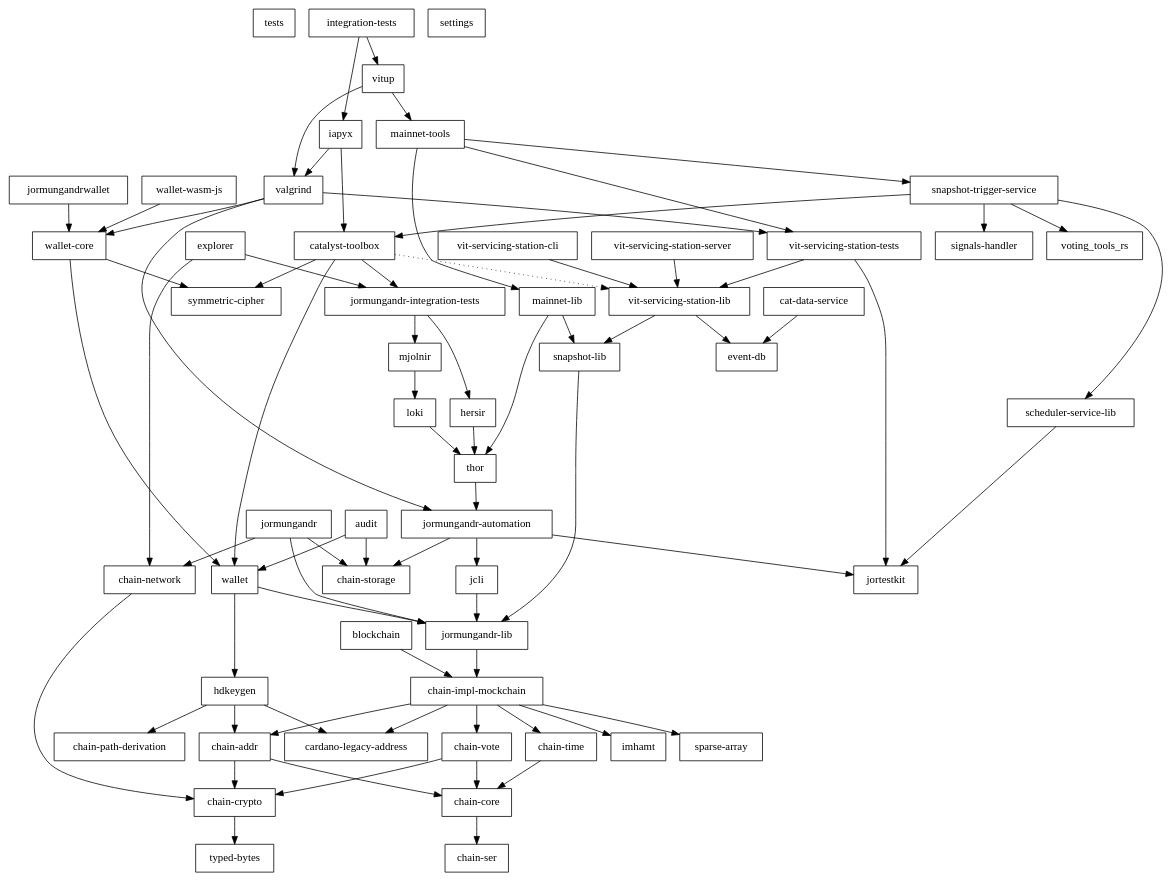
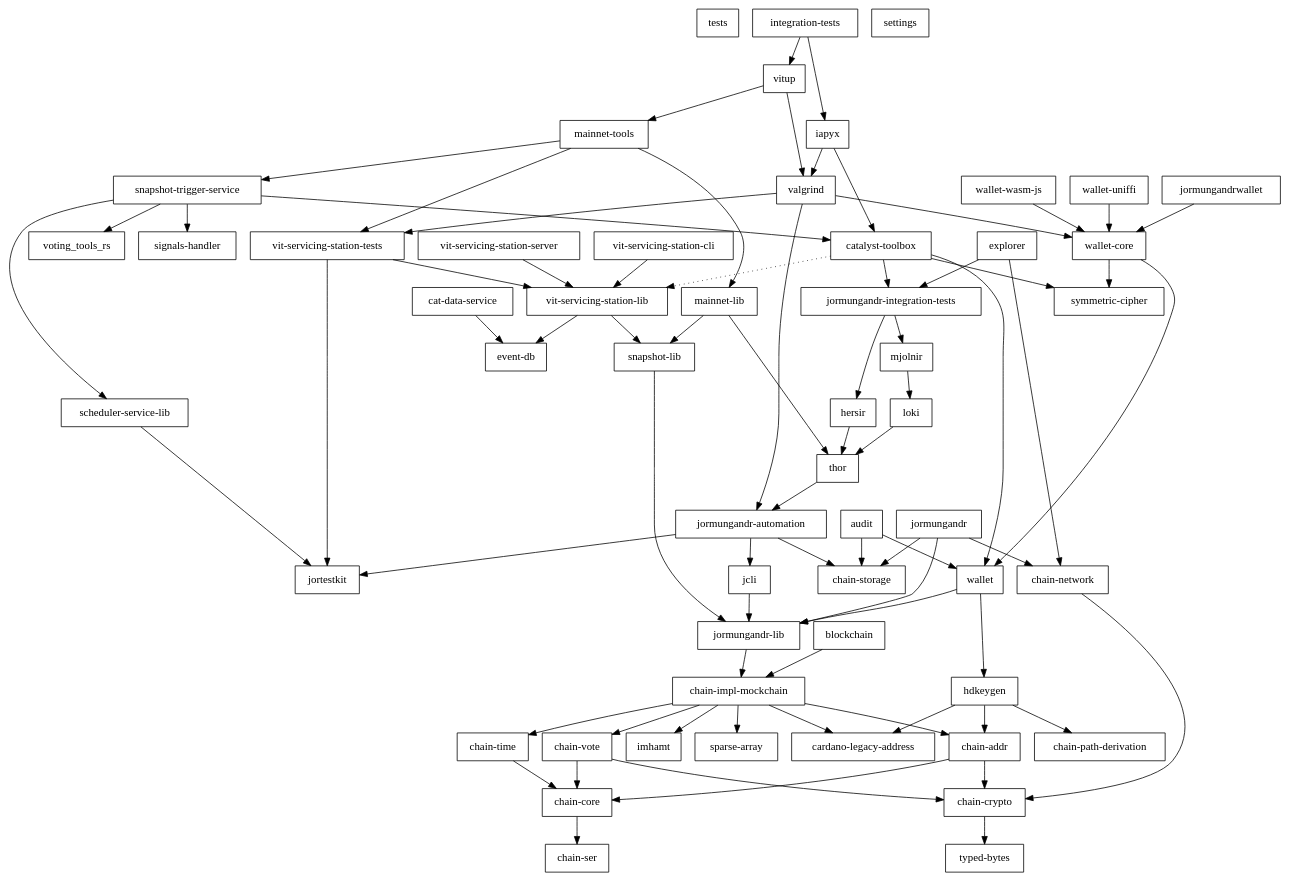
The diagram in main/06_rust_api/rust/doc/workspace.depgraph.dot (input-output-hk/catalyst-core), drawn with Graphviz before and after one commit. The commit also changed 11876 other files, not shown here.

```diff
--- a/main/06_rust_api/rust/doc/workspace.depgraph.dot
+++ b/main/06_rust_api/rust/doc/workspace.depgraph.dot
@@ -1,128 +1,130 @@
 digraph {
     0 [ label = "tests" shape = box]
     1 [ label = "catalyst-toolbox" shape = box]
     2 [ label = "chain-addr" shape = box]
     3 [ label = "chain-core" shape = box]
     4 [ label = "chain-ser" shape = box]
     5 [ label = "chain-crypto" shape = box]
     6 [ label = "typed-bytes" shape = box]
     7 [ label = "chain-impl-mockchain" shape = box]
     8 [ label = "cardano-legacy-address" shape = box]
     9 [ label = "chain-time" shape = box]
     10 [ label = "chain-vote" shape = box]
     11 [ label = "imhamt" shape = box]
     12 [ label = "sparse-array" shape = box]
     13 [ label = "chain-storage" shape = box]
     14 [ label = "jcli" shape = box]
     15 [ label = "jormungandr-lib" shape = box]
     16 [ label = "jormungandr-automation" shape = box]
     17 [ label = "jortestkit" shape = box]
     18 [ label = "jormungandr-integration-tests" shape = box]
     19 [ label = "hersir" shape = box]
     20 [ label = "thor" shape = box]
     21 [ label = "loki" shape = box]
     22 [ label = "mjolnir" shape = box]
     23 [ label = "snapshot-lib" shape = box]
     24 [ label = "symmetric-cipher" shape = box]
     25 [ label = "vit-servicing-station-lib" shape = box]
     26 [ label = "event-db" shape = box]
     27 [ label = "vit-servicing-station-tests" shape = box]
     28 [ label = "wallet" shape = box]
     29 [ label = "chain-path-derivation" shape = box]
     30 [ label = "hdkeygen" shape = box]
     31 [ label = "chain-network" shape = box]
     32 [ label = "jormungandrwallet" shape = box]
     33 [ label = "wallet-core" shape = box]
     34 [ label = "wallet-wasm-js" shape = box]
-    35 [ label = "jormungandr" shape = box]
-    36 [ label = "explorer" shape = box]
-    37 [ label = "settings" shape = box]
-    38 [ label = "blockchain" shape = box]
-    39 [ label = "vit-servicing-station-cli" shape = box]
-    40 [ label = "vit-servicing-station-server" shape = box]
-    41 [ label = "iapyx" shape = box]
-    42 [ label = "valgrind" shape = box]
-    43 [ label = "vitup" shape = box]
-    44 [ label = "mainnet-lib" shape = box]
-    45 [ label = "mainnet-tools" shape = box]
-    46 [ label = "scheduler-service-lib" shape = box]
-    47 [ label = "signals-handler" shape = box]
-    48 [ label = "snapshot-trigger-service" shape = box]
-    49 [ label = "voting_tools_rs" shape = box]
-    50 [ label = "integration-tests" shape = box]
-    51 [ label = "cat-data-service" shape = box]
-    52 [ label = "audit" shape = box]
+    35 [ label = "wallet-uniffi" shape = box]
+    36 [ label = "jormungandr" shape = box]
+    37 [ label = "explorer" shape = box]
+    38 [ label = "settings" shape = box]
+    39 [ label = "blockchain" shape = box]
+    40 [ label = "vit-servicing-station-cli" shape = box]
+    41 [ label = "vit-servicing-station-server" shape = box]
+    42 [ label = "iapyx" shape = box]
+    43 [ label = "valgrind" shape = box]
+    44 [ label = "vitup" shape = box]
+    45 [ label = "mainnet-lib" shape = box]
+    46 [ label = "mainnet-tools" shape = box]
+    47 [ label = "scheduler-service-lib" shape = box]
+    48 [ label = "signals-handler" shape = box]
+    49 [ label = "snapshot-trigger-service" shape = box]
+    50 [ label = "voting_tools_rs" shape = box]
+    51 [ label = "integration-tests" shape = box]
+    52 [ label = "cat-data-service" shape = box]
+    53 [ label = "audit" shape = box]
     1 -> 18 [ ]
     1 -> 24 [ ]
     1 -> 25 [ style = dotted]
     1 -> 28 [ ]
     2 -> 3 [ ]
     2 -> 5 [ ]
     3 -> 4 [ ]
     5 -> 6 [ ]
     7 -> 8 [ ]
     7 -> 2 [ ]
     7 -> 9 [ ]
     7 -> 10 [ ]
     7 -> 11 [ ]
     7 -> 12 [ ]
     9 -> 3 [ ]
     10 -> 3 [ ]
     10 -> 5 [ ]
     14 -> 15 [ ]
     15 -> 7 [ ]
     16 -> 13 [ ]
     16 -> 14 [ ]
     16 -> 17 [ ]
     18 -> 19 [ ]
     18 -> 22 [ ]
     19 -> 20 [ ]
     20 -> 16 [ ]
     21 -> 20 [ ]
     22 -> 21 [ ]
     23 -> 15 [ ]
     25 -> 26 [ ]
     25 -> 23 [ ]
     27 -> 17 [ ]
     27 -> 25 [ ]
     28 -> 30 [ ]
     28 -> 15 [ ]
     30 -> 8 [ ]
     30 -> 2 [ ]
     30 -> 29 [ ]
     31 -> 5 [ ]
     32 -> 33 [ ]
     33 -> 24 [ ]
     33 -> 28 [ ]
     34 -> 33 [ ]
-    35 -> 31 [ ]
-    35 -> 13 [ ]
-    35 -> 15 [ ]
+    35 -> 33 [ ]
     36 -> 31 [ ]
-    36 -> 18 [ ]
-    38 -> 7 [ ]
-    39 -> 25 [ ]
+    36 -> 13 [ ]
+    36 -> 15 [ ]
+    37 -> 31 [ ]
+    37 -> 18 [ ]
+    39 -> 7 [ ]
     40 -> 25 [ ]
-    41 -> 1 [ ]
-    41 -> 42 [ ]
-    42 -> 16 [ ]
-    42 -> 27 [ ]
-    42 -> 33 [ ]
-    43 -> 45 [ ]
-    43 -> 42 [ ]
-    44 -> 23 [ ]
-    44 -> 20 [ ]
-    45 -> 44 [ ]
-    45 -> 48 [ ]
-    45 -> 27 [ ]
-    46 -> 17 [ ]
-    48 -> 1 [ ]
-    48 -> 46 [ ]
-    48 -> 47 [ ]
-    48 -> 49 [ ]
-    50 -> 41 [ ]
-    50 -> 43 [ ]
-    51 -> 26 [ ]
-    52 -> 13 [ ]
-    52 -> 28 [ ]
+    41 -> 25 [ ]
+    42 -> 1 [ ]
+    42 -> 43 [ ]
+    43 -> 16 [ ]
+    43 -> 27 [ ]
+    43 -> 33 [ ]
+    44 -> 46 [ ]
+    44 -> 43 [ ]
+    45 -> 23 [ ]
+    45 -> 20 [ ]
+    46 -> 45 [ ]
+    46 -> 49 [ ]
+    46 -> 27 [ ]
+    47 -> 17 [ ]
+    49 -> 1 [ ]
+    49 -> 47 [ ]
+    49 -> 48 [ ]
+    49 -> 50 [ ]
+    51 -> 42 [ ]
+    51 -> 44 [ ]
+    52 -> 26 [ ]
+    53 -> 13 [ ]
+    53 -> 28 [ ]
 }
```
